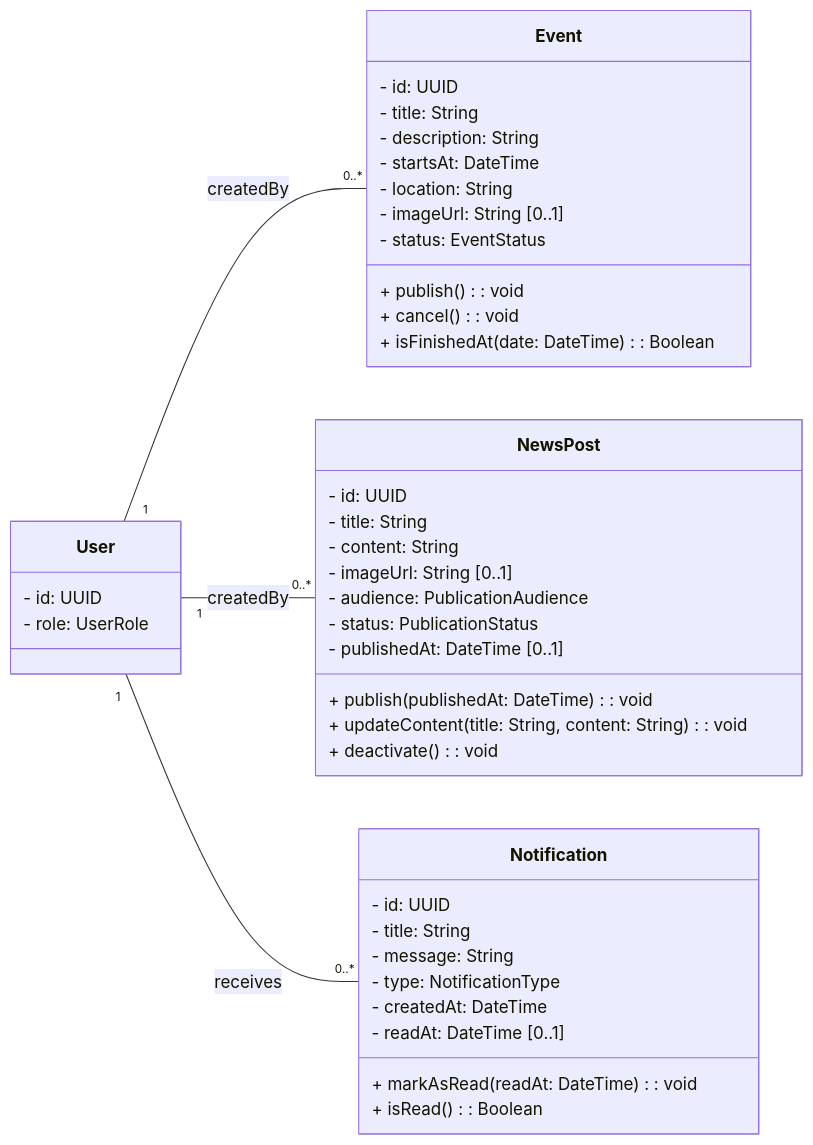
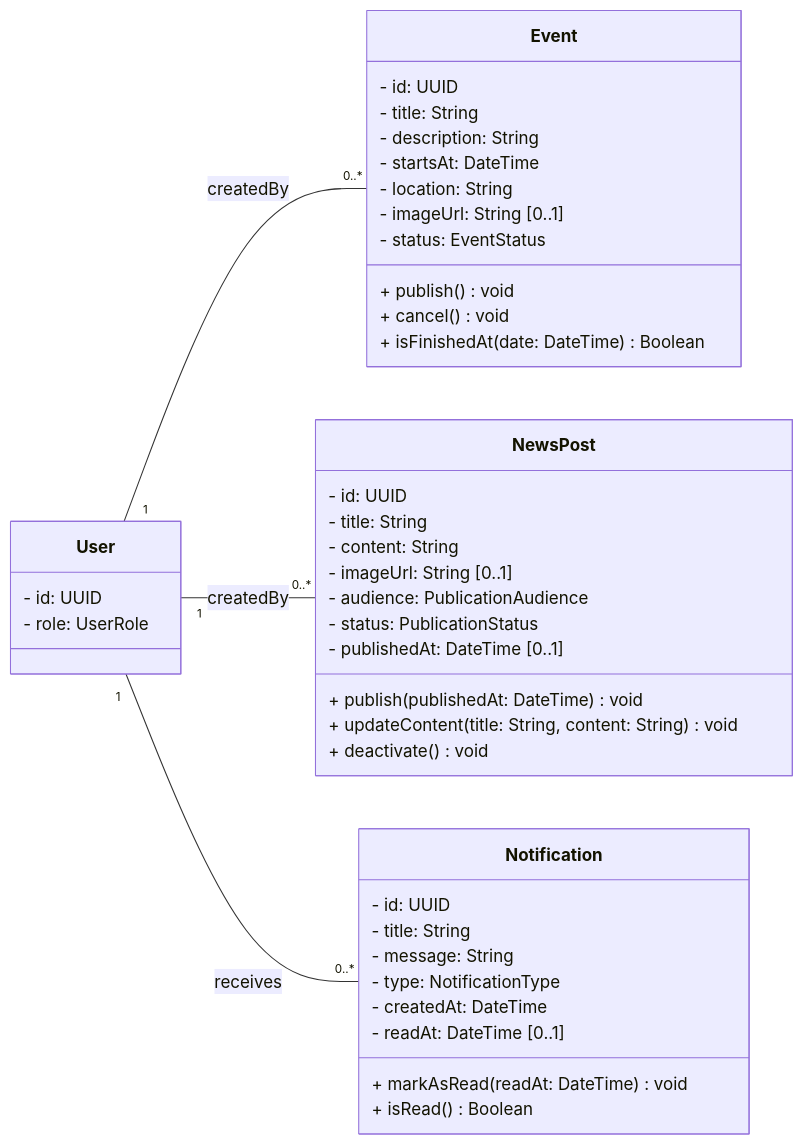
One commit to MTeamOrg/M-Team changed the fifth of 5 diagrams in docs/diagrama-de-clases.md. Above: the diagram before and after it, drawn with Mermaid. The commit also changed other lines of this file, not shown here.

Commit message:
fix: correct class diagram rendering

````diff
--- a/docs/diagrama-de-clases.md
+++ b/docs/diagrama-de-clases.md
@@ -232,50 +233,50 @@
 ```mermaid
 classDiagram
 direction LR
 
 class User {
   - id: UUID
   - role: UserRole
 }
 
 class Event {
   - id: UUID
   - title: String
   - description: String
   - startsAt: DateTime
   - location: String
   - imageUrl: String [0..1]
   - status: EventStatus
-  + publish(): void
-  + cancel(): void
-  + isFinishedAt(date: DateTime): Boolean
+  + publish() void
+  + cancel() void
+  + isFinishedAt(date: DateTime) Boolean
 }
 
 class NewsPost {
   - id: UUID
   - title: String
   - content: String
   - imageUrl: String [0..1]
   - audience: PublicationAudience
   - status: PublicationStatus
   - publishedAt: DateTime [0..1]
-  + publish(publishedAt: DateTime): void
-  + updateContent(title: String, content: String): void
-  + deactivate(): void
+  + publish(publishedAt: DateTime) void
+  + updateContent(title: String, content: String) void
+  + deactivate() void
 }
 
 class Notification {
   - id: UUID
   - title: String
   - message: String
   - type: NotificationType
   - createdAt: DateTime
   - readAt: DateTime [0..1]
-  + markAsRead(readAt: DateTime): void
-  + isRead(): Boolean
+  + markAsRead(readAt: DateTime) void
+  + isRead() Boolean
 }
 
 User "1" -- "0..*" Event : createdBy
 User "1" -- "0..*" NewsPost : createdBy
 User "1" -- "0..*" Notification : receives
 ```
````
